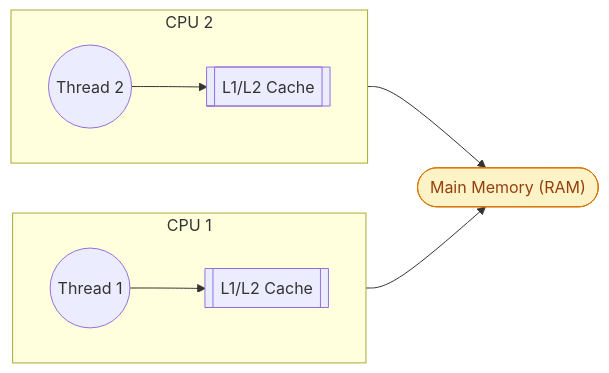
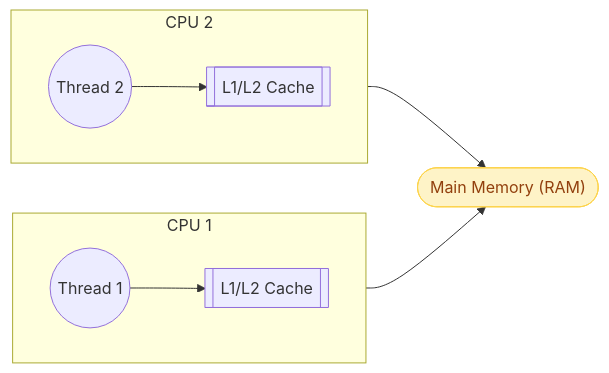
The third of 9 diagrams in docs/java/MultiThreading.md (saivamsikaruturi/vamsilabs-dev-notes-main), drawn with Mermaid before and after one commit. The commit also changed other lines of this file and 220 other files, not shown here.

First line of the commit message:
Add 50+ new Java/Spring Boot pages, rewrite CSS code blocks to Oracle style, fix all diagram colors

````diff
--- a/docs/java/MultiThreading.md
+++ b/docs/java/MultiThreading.md
@@ -233,19 +242,19 @@
 ```mermaid
 flowchart LR
     subgraph "CPU 1"
         direction LR
         T1(("Thread 1"))
         C1[["L1/L2 Cache"]]
         T1 --> C1
     end
     subgraph "CPU 2"
         direction LR
         T2(("Thread 2"))
         C2[["L1/L2 Cache"]]
         T2 --> C2
     end
     C1 --> RAM(["Main Memory (RAM)"])
     C2 --> RAM
 
-    style RAM fill:#FEF3C7,stroke:#D97706,color:#92400E
+    style RAM fill:#FEF3C7,stroke:#FCD34D,color:#92400E
 ```
````
